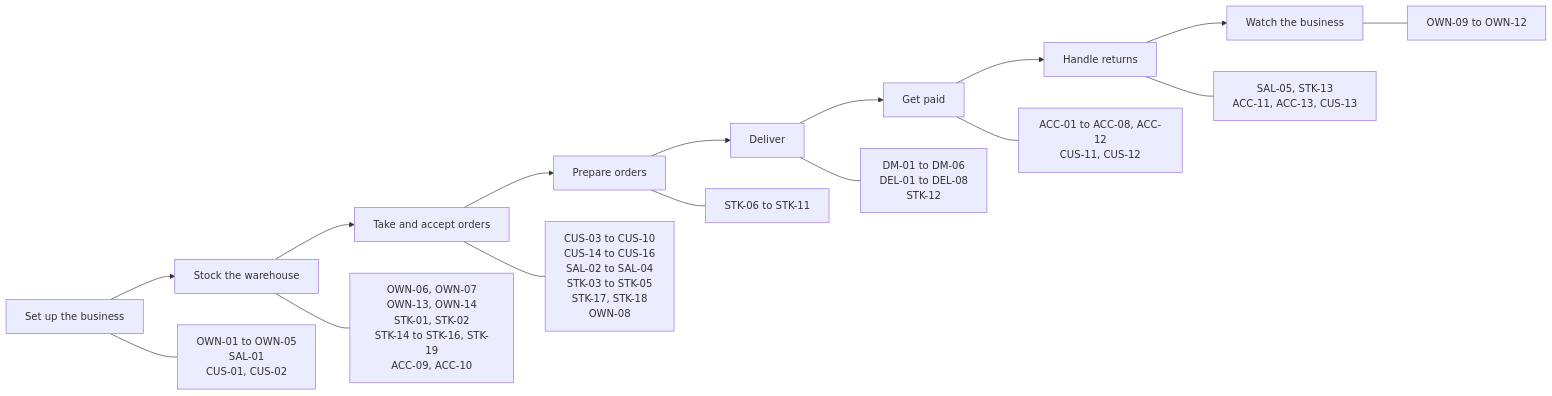
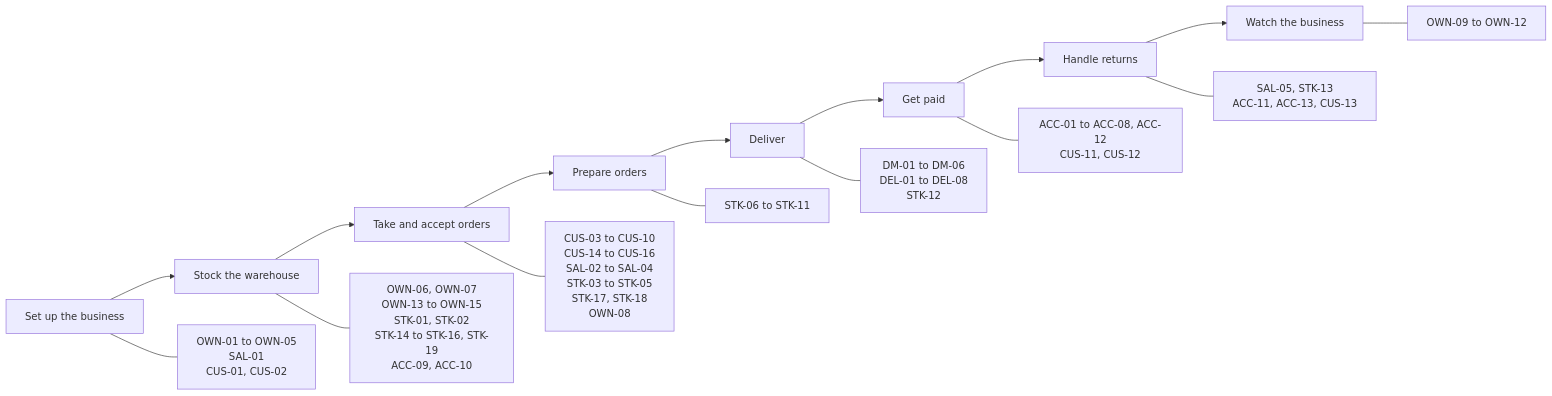
One commit to AhmedElnagarUU/Cosmo changed the diagram in docs/user-stories/README.md. Above: the diagram before and after it, drawn with Mermaid. The commit also changed 5 other files, not shown here.

````diff
--- a/docs/user-stories/README.md
+++ b/docs/user-stories/README.md
@@ -50,19 +50,19 @@
 ```mermaid
 flowchart LR
     S1[Set up the business] --> S2[Stock the warehouse]
     S2 --> S3[Take and accept orders]
     S3 --> S4[Prepare orders]
     S4 --> S5[Deliver]
     S5 --> S6[Get paid]
     S6 --> S7[Handle returns]
     S7 --> S8[Watch the business]
 
     S1 --- T1[OWN-01 to OWN-05<br/>SAL-01<br/>CUS-01, CUS-02]
-    S2 --- T2[OWN-06, OWN-07<br/>OWN-13, OWN-14<br/>STK-01, STK-02<br/>STK-14 to STK-16, STK-19<br/>ACC-09, ACC-10]
+    S2 --- T2[OWN-06, OWN-07<br/>OWN-13 to OWN-15<br/>STK-01, STK-02<br/>STK-14 to STK-16, STK-19<br/>ACC-09, ACC-10]
     S3 --- T3[CUS-03 to CUS-10<br/>CUS-14 to CUS-16<br/>SAL-02 to SAL-04<br/>STK-03 to STK-05<br/>STK-17, STK-18<br/>OWN-08]
     S4 --- T4[STK-06 to STK-11]
     S5 --- T5[DM-01 to DM-06<br/>DEL-01 to DEL-08<br/>STK-12]
     S6 --- T6[ACC-01 to ACC-08, ACC-12<br/>CUS-11, CUS-12]
     S7 --- T7[SAL-05, STK-13<br/>ACC-11, ACC-13, CUS-13]
     S8 --- T8[OWN-09 to OWN-12]
 ```
````
